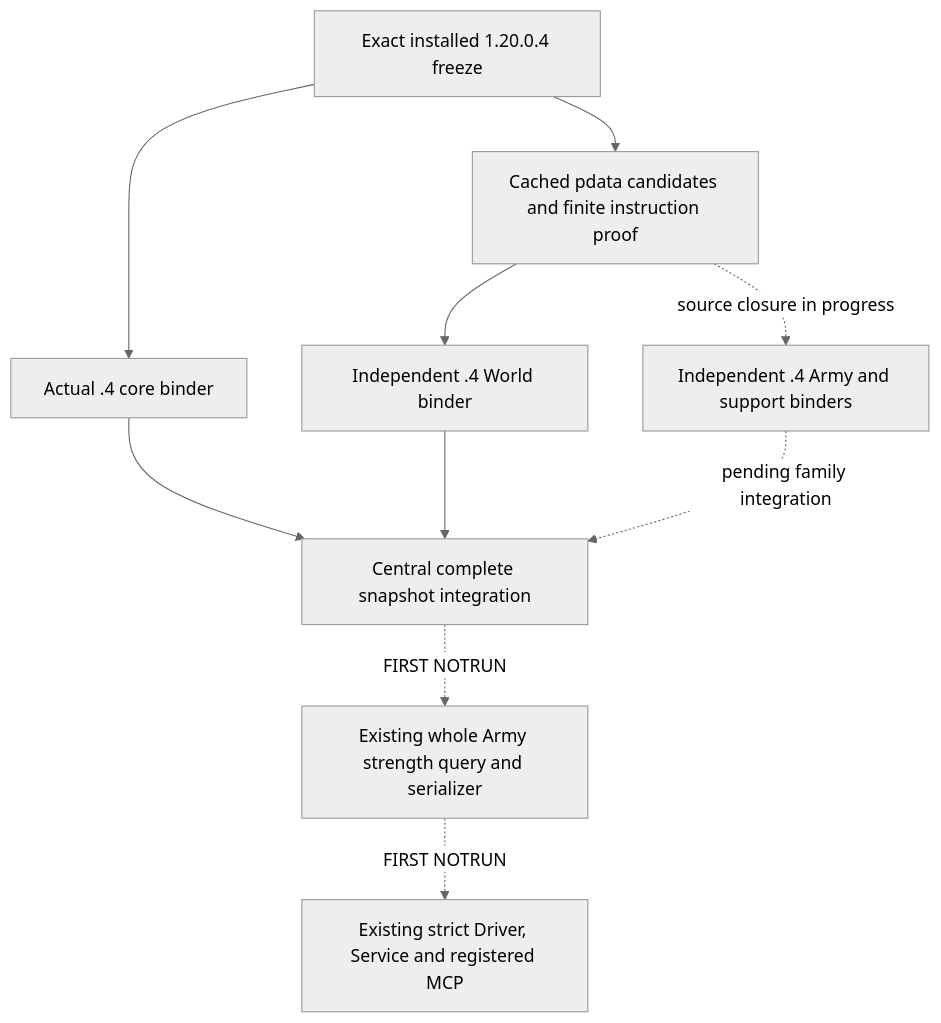
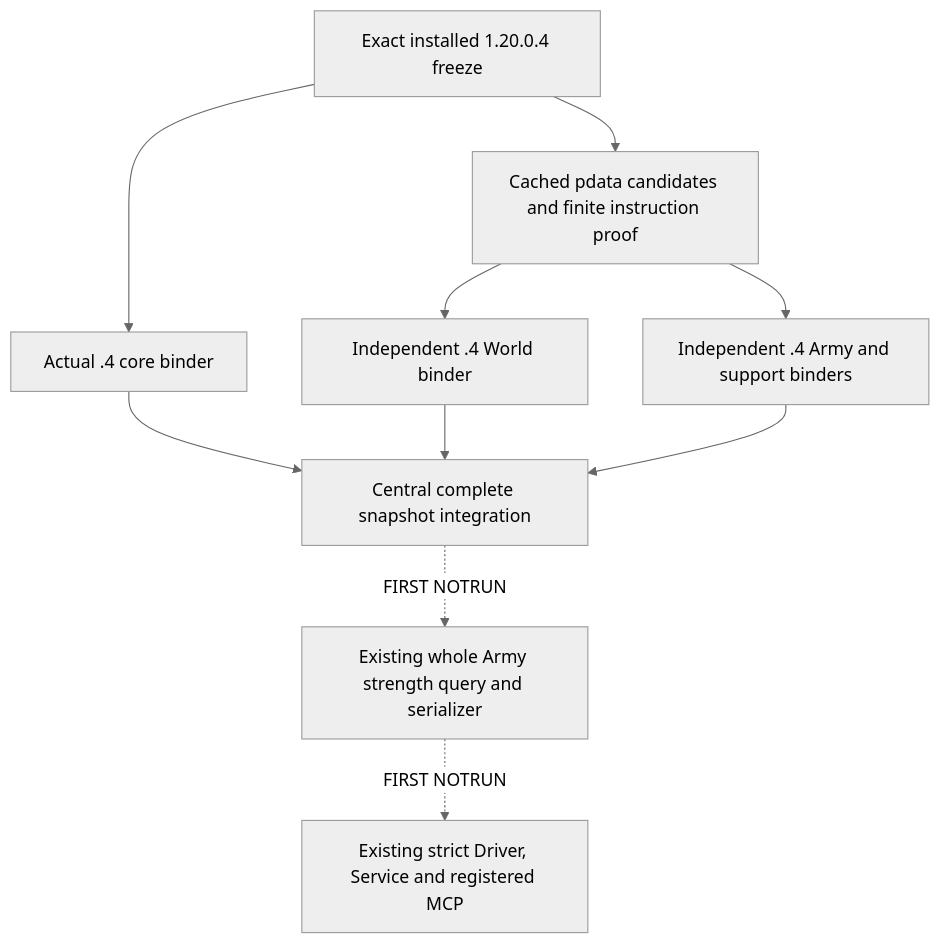
One commit to XenoAmess/ck3_eternal_recurrence changed the diagram in docs/ck3-native-ai/army-family-12004-migration.md. Above: the diagram before and after it, drawn with Mermaid (neutral theme). The commit also changed other lines of this file and 9 other files, not shown here.

````diff
--- a/docs/ck3-native-ai/army-family-12004-migration.md
+++ b/docs/ck3-native-ai/army-family-12004-migration.md
@@ -52,12 +52,12 @@
 ```mermaid
 flowchart TD
   F[Exact installed 1.20.0.4 freeze] --> C[Actual .4 core binder]
   F --> M[Cached pdata candidates and finite instruction proof]
   M --> W[Independent .4 World binder]
-  M -. source closure in progress .-> A[Independent .4 Army and support binders]
+  M --> A[Independent .4 Army and support binders]
   C --> S[Central complete snapshot integration]
   W --> S
-  A -. pending family integration .-> S
+  A --> S
   S -. FIRST NOTRUN .-> Q[Existing whole Army strength query and serializer]
   Q -. FIRST NOTRUN .-> P[Existing strict Driver, Service and registered MCP]
 ```
````
